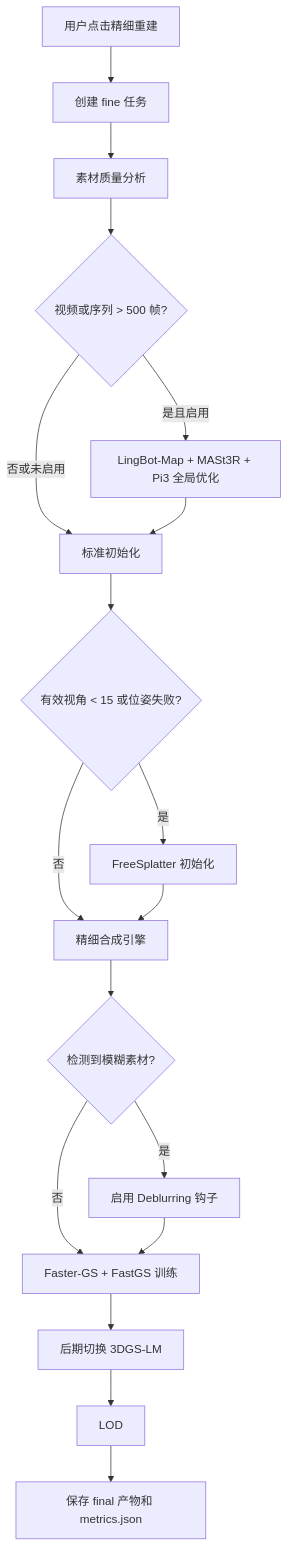
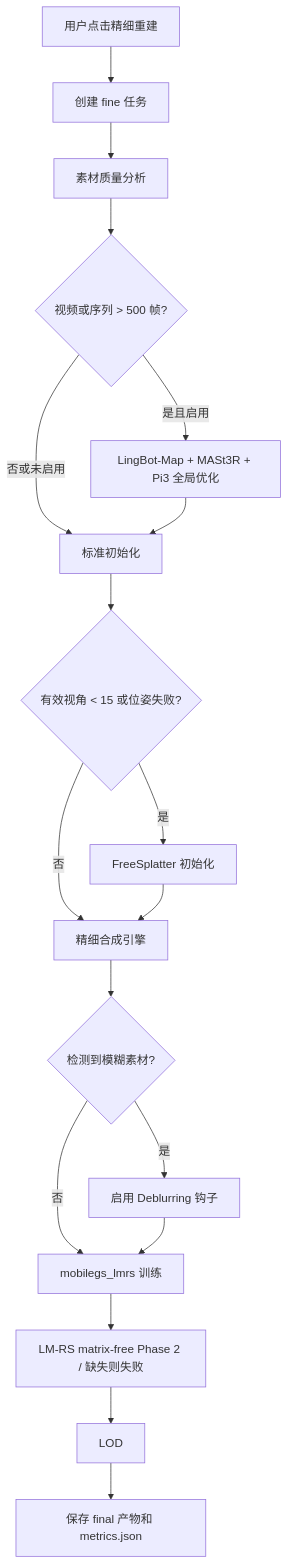
Before and after one commit to Braveliu66/3dgsbi: the third of 4 diagrams in doc/03-workflows-state.md, drawn with Mermaid. The commit also changed other lines of this file and 68 other files, not shown here.

Commit message:
精细重建图片

````diff
--- a/doc/03-workflows-state.md
+++ b/doc/03-workflows-state.md
@@ -90,20 +90,20 @@
 ```mermaid
 flowchart TD
     Start["用户点击精细重建"] --> Queue["创建 fine 任务"]
     Queue --> Analysis["素材质量分析"]
     Analysis --> LongVideo{"视频或序列 > 500 帧?"}
     LongVideo -- 是且启用 --> Global["LingBot-Map + MASt3R + Pi3 全局优化"]
     LongVideo -- 否或未启用 --> Init["标准初始化"]
     Global --> Init
     Init --> Sparse{"有效视角 < 15 或位姿失败?"}
     Sparse -- 是 --> FreeSplatter["FreeSplatter 初始化"]
     Sparse -- 否 --> Engine["精细合成引擎"]
     FreeSplatter --> Engine
     Engine --> Blur{"检测到模糊素材?"}
     Blur -- 是 --> Deblur["启用 Deblurring 钩子"]
-    Blur -- 否 --> Train["Faster-GS + FastGS 训练"]
+    Blur -- 否 --> Train["mobilegs_lmrs 训练"]
     Deblur --> Train
-    Train --> LM["后期切换 3DGS-LM"]
+    Train --> LM["LM-RS matrix-free Phase 2 / 缺失则失败"]
     LM --> LOD
     LOD --> Save["保存 final 产物和 metrics.json"]
 ```
````
